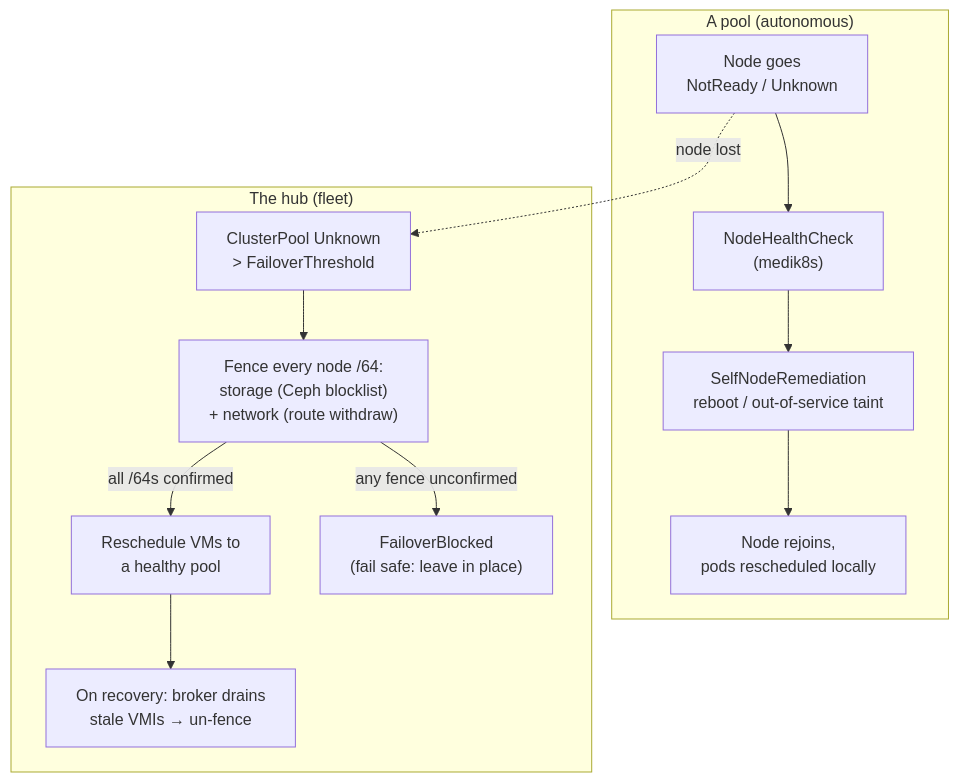
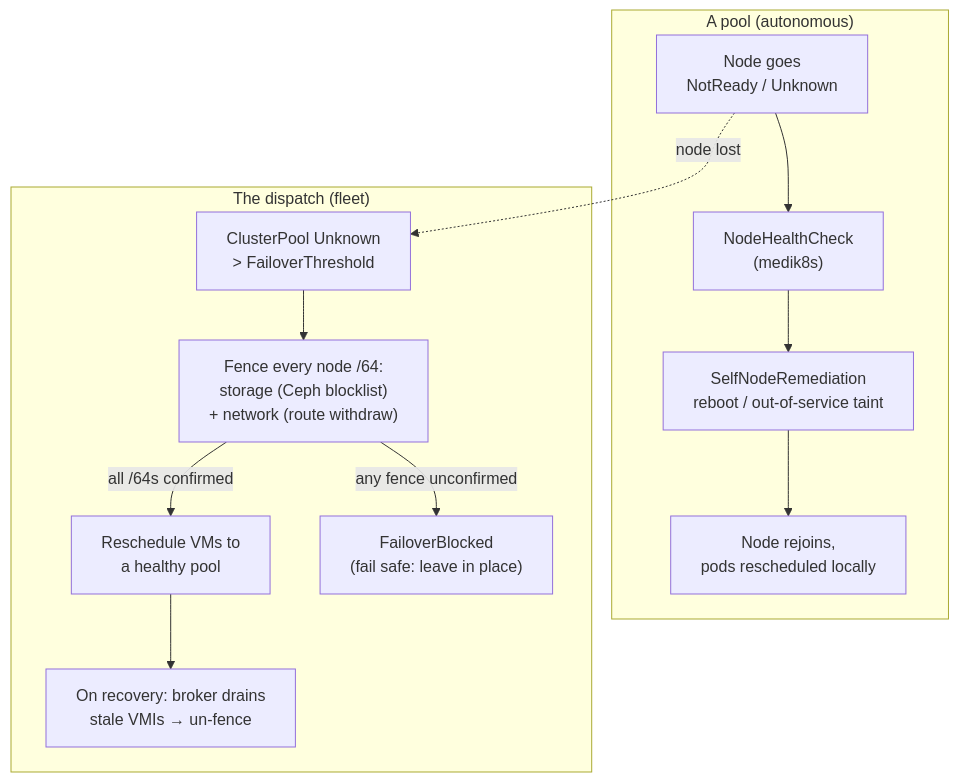
One commit to trevex/ectobase changed the first of 2 diagrams in docs/architecture/rescheduling-and-failover.md. Above: the diagram before and after it, drawn with Mermaid. The commit also changed other lines of this file and 490 other files, not shown here.

First line of the commit message:
refactor: rename subproject hub -> dispatch

````diff
--- a/docs/architecture/rescheduling-and-failover.md
+++ b/docs/architecture/rescheduling-and-failover.md
@@ -34,19 +34,19 @@
 ```mermaid
 flowchart TD
     subgraph pool["A pool (autonomous)"]
         node["Node goes<br/>NotReady / Unknown"]
         node --> nhc["NodeHealthCheck<br/>(medik8s)"]
         nhc --> snr["SelfNodeRemediation<br/>reboot / out-of-service taint"]
         snr --> healed["Node rejoins,<br/>pods rescheduled locally"]
     end
 
-    subgraph hub["The hub (fleet)"]
+    subgraph dispatch["The dispatch (fleet)"]
         lost["ClusterPool Unknown<br/>&gt; FailoverThreshold"]
         lost --> fence["Fence every node /64:<br/>storage (Ceph blocklist)<br/>+ network (route withdraw)"]
         fence -->|all /64s confirmed| rebind["Reschedule VMs to<br/>a healthy pool"]
         fence -->|any fence unconfirmed| block["FailoverBlocked<br/>(fail safe: leave in place)"]
         rebind --> recover["On recovery: broker drains<br/>stale VMIs → un-fence"]
     end
 
     node -.node lost.-> lost
 ```
````
